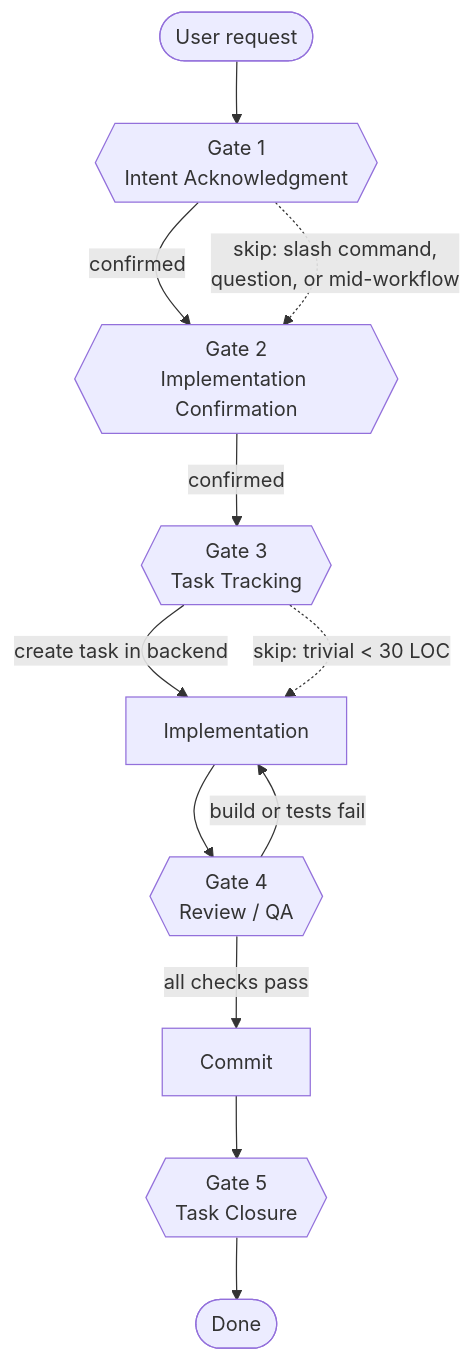
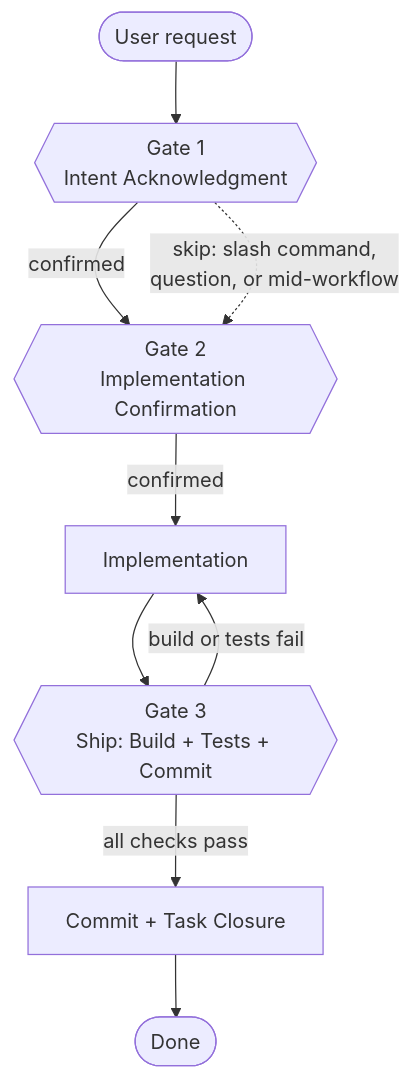
The first of 4 diagrams in README.md (matlockx/workflow), drawn with Mermaid before and after one commit. The commit also changed other lines of this file and 22 other files, not shown here.

````diff
--- a/README.md
+++ b/README.md
@@ -241,27 +235,20 @@
 ```mermaid
 flowchart TD
     Start([User request]) --> G1
 
     G1{{"Gate 1<br/>Intent Acknowledgment"}}
     G1 -->|confirmed| G2
     G1 -.->|"skip: slash command,<br/>question, or mid-workflow"| G2
 
     G2{{"Gate 2<br/>Implementation Confirmation"}}
-    G2 -->|confirmed| G3
-
-    G3{{"Gate 3<br/>Task Tracking"}}
-    G3 -->|"create task in backend"| Impl
-    G3 -.->|"skip: trivial &lt; 30 LOC"| Impl
+    G2 -->|confirmed| Impl
 
     Impl["Implementation"]
-    Impl --> G4
+    Impl --> G3
 
-    G4{{"Gate 4<br/>Review / QA"}}
-    G4 -->|"build or tests fail"| Impl
-    G4 -->|"all checks pass"| Commit
+    G3{{"Gate 3<br/>Ship: Build + Tests + Commit"}}
+    G3 -->|"build or tests fail"| Impl
+    G3 -->|"all checks pass"| Commit
 
-    Commit["Commit"] --> G5
-
-    G5{{"Gate 5<br/>Task Closure"}}
-    G5 --> Done(["Done"])
+    Commit["Commit + Task Closure"] --> Done(["Done"])
 ```
````
